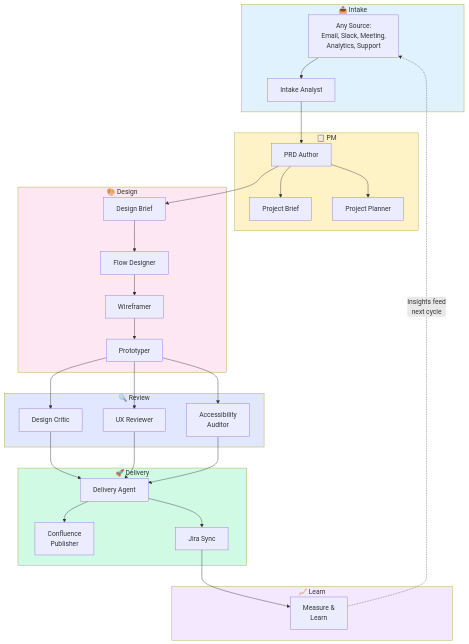
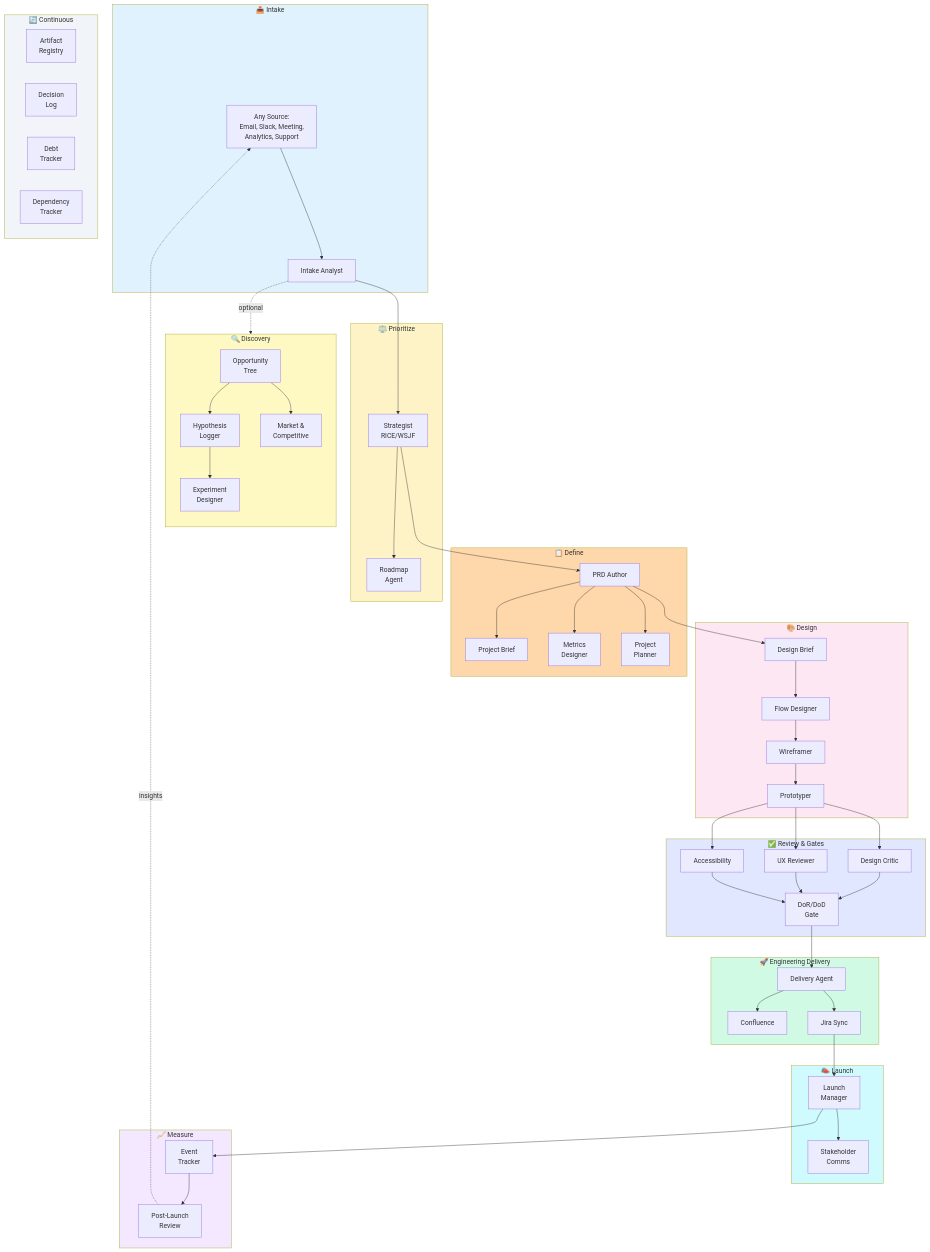
Before and after one commit to johnedelatorre/product-os: the diagram in README.md, drawn with Mermaid. The commit also changed other lines of this file and 47 other files, not shown here.

````diff
--- a/README.md
+++ b/README.md
@@ -63,12 +63,33 @@
         ANY --> TRIAGE
     end
 
-    subgraph PM["📋 PM"]
+    subgraph DISCOVERY["🔍 Discovery"]
+        direction TB
+        OPP[Opportunity<br/>Tree]
+        HYP[Hypothesis<br/>Logger]
+        MKT[Market &<br/>Competitive]
+        EXP[Experiment<br/>Designer]
+        TRIAGE -.->|optional| OPP
+        OPP --> HYP
+        OPP --> MKT
+        HYP --> EXP
+    end
+
+    subgraph PRIORITIZE["⚖️ Prioritize"]
+        STRAT[Strategist<br/>RICE/WSJF]
+        ROAD[Roadmap<br/>Agent]
+        TRIAGE --> STRAT
+        STRAT --> ROAD
+    end
+
+    subgraph DEFINE["📋 Define"]
         PRD[PRD Author]
         BRIEF[Project Brief]
-        PLAN[Project Planner]
-        TRIAGE --> PRD
+        METRICS[Metrics<br/>Designer]
+        PLAN[Project<br/>Planner]
+        STRAT --> PRD
         PRD --> BRIEF
+        PRD --> METRICS
         PRD --> PLAN
     end
 
@@ -83,36 +104,59 @@
         WIRE --> PROTO
     end
 
-    subgraph REVIEW["🔍 Review"]
+    subgraph REVIEW["✅ Review & Gates"]
         CRIT[Design Critic]
         UX[UX Reviewer]
-        A11Y[Accessibility<br/>Auditor]
+        A11Y[Accessibility]
+        GATE[DoR/DoD<br/>Gate]
         PROTO --> CRIT
         PROTO --> UX
         PROTO --> A11Y
+        CRIT --> GATE
+        UX --> GATE
+        A11Y --> GATE
     end
 
-    subgraph DELIVERY["🚀 Delivery"]
+    subgraph DELIVER["🚀 Engineering Delivery"]
         EPIC[Delivery Agent]
-        CONF[Confluence<br/>Publisher]
+        CONF[Confluence]
         JIRA[Jira Sync]
-        CRIT --> EPIC
-        UX --> EPIC
-        A11Y --> EPIC
+        GATE --> EPIC
         EPIC --> CONF
         EPIC --> JIRA
     end
 
-    subgraph LEARN["📈 Learn"]
-        METRICS[Measure &<br/>Learn]
-        JIRA --> METRICS
-        METRICS -.->|"Insights feed<br/>next cycle"| ANY
+    subgraph LAUNCH["📣 Launch"]
+        GTM[Launch<br/>Manager]
+        COMMS[Stakeholder<br/>Comms]
+        JIRA --> GTM
+        GTM --> COMMS
+    end
+
+    subgraph MEASURE["📈 Measure"]
+        TRACK[Event<br/>Tracker]
+        REVIEW_L[Post-Launch<br/>Review]
+        GTM --> TRACK
+        TRACK --> REVIEW_L
+        REVIEW_L -.->|insights| ANY
+    end
+
+    subgraph CONTINUOUS["🔄 Continuous"]
+        direction LR
+        ARTIFACT[Artifact<br/>Registry]
+        DECISION[Decision<br/>Log]
+        DEBT[Debt<br/>Tracker]
+        DEPS[Dependency<br/>Tracker]
     end
 
     style INTAKE fill:#e0f2fe
-    style PM fill:#fef3c7
+    style DISCOVERY fill:#fef9c3
+    style PRIORITIZE fill:#fef3c7
+    style DEFINE fill:#fed7aa
     style DESIGN fill:#fce7f3
     style REVIEW fill:#e0e7ff
-    style DELIVERY fill:#d1fae5
-    style LEARN fill:#f3e8ff
+    style DELIVER fill:#d1fae5
+    style LAUNCH fill:#cffafe
+    style MEASURE fill:#f3e8ff
+    style CONTINUOUS fill:#f1f5f9
 ```
````
